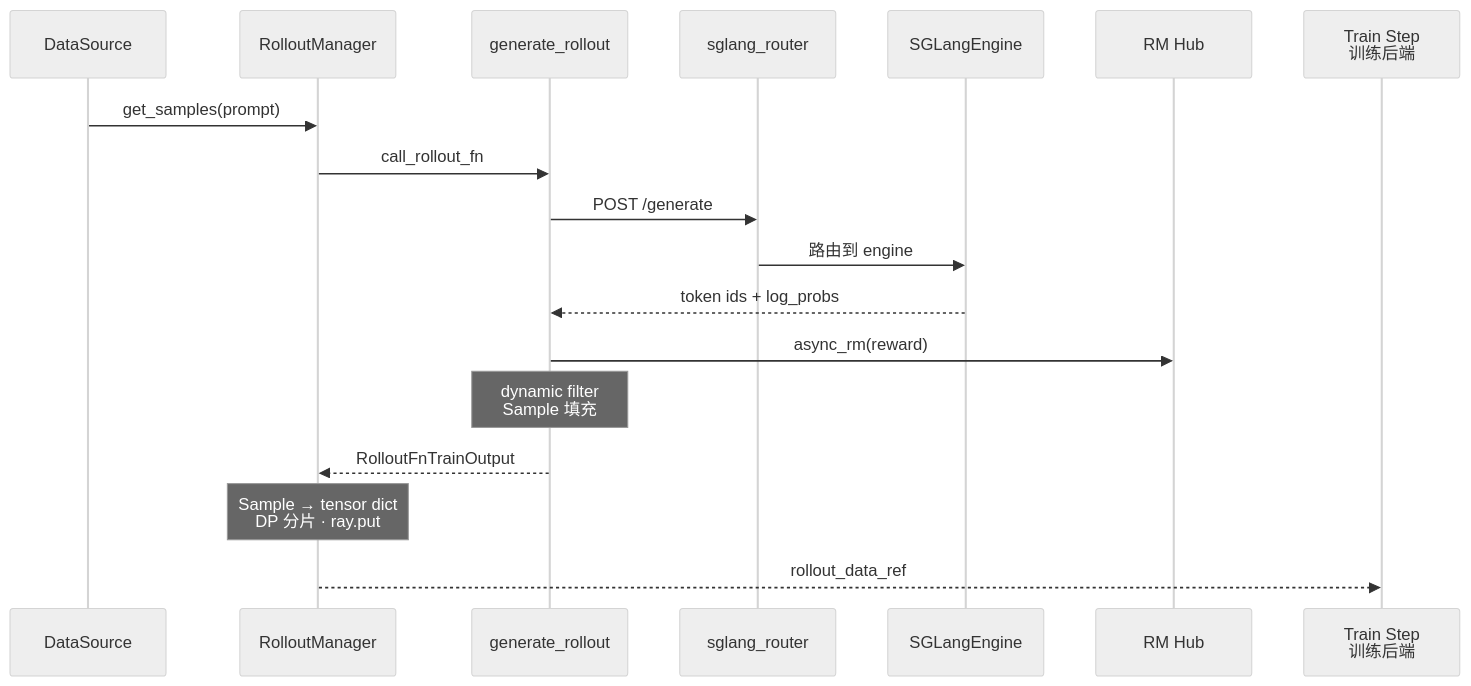
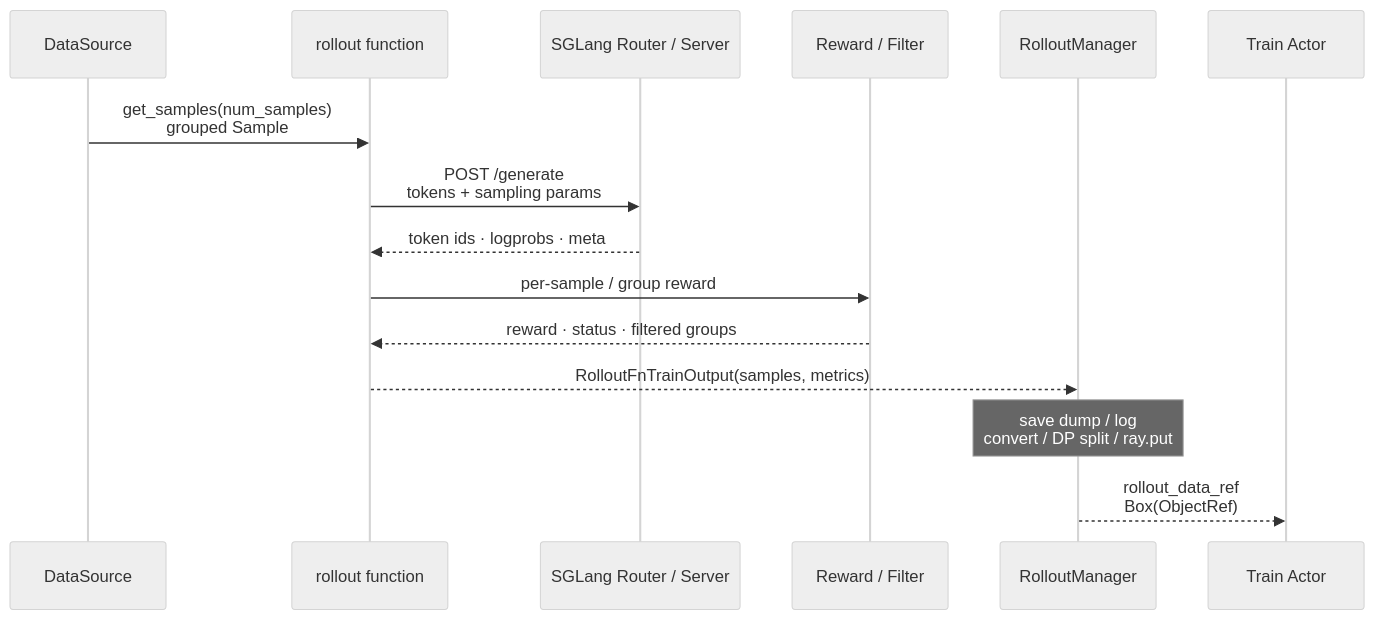
One commit to OnlyHero5/sglang-reading-vault changed the diagram in slime_reading/Rollout生成/Slime-Rollout生成.md. Above: the diagram before and after it, drawn with Mermaid (neutral theme). The commit also changed other lines of this file and 512 other files, not shown here.

````diff
--- a/slime_reading/Rollout生成/Slime-Rollout生成.md
+++ b/slime_reading/Rollout生成/Slime-Rollout生成.md
@@ -46,21 +41,18 @@
 ```mermaid
 sequenceDiagram
- participant DS as DataSource
- participant RM as RolloutManager
- participant GR as generate_rollout
- participant RTR as sglang_router
- participant ENG as SGLangEngine
- participant RMH as RM Hub
- participant TR as Train Step<br/>训练后端
+    participant DS as DataSource
+    participant RO as rollout function
+    participant HTTP as SGLang Router / Server
+    participant RM as Reward / Filter
+    participant M as RolloutManager
+    participant TA as Train Actor
 
- DS->>RM: get_samples(prompt)
- RM->>GR: call_rollout_fn
- GR->>RTR: POST /generate
- RTR->>ENG: 路由到 engine
- ENG-->>GR: token ids + log_probs
- GR->>RMH: async_rm(reward)
- Note over GR: dynamic filter<br/>Sample 填充
- GR-->>RM: RolloutFnTrainOutput
- Note over RM: Sample → tensor dict<br/>DP 分片 · ray.put
- RM-->>TR: rollout_data_ref
+    DS->>RO: get_samples(num_samples)<br/>grouped Sample
+    RO->>HTTP: POST /generate<br/>tokens + sampling params
+    HTTP-->>RO: token ids · logprobs · meta
+    RO->>RM: per-sample / group reward
+    RM-->>RO: reward · status · filtered groups
+    RO-->>M: RolloutFnTrainOutput(samples, metrics)
+    Note over M: save dump / log<br/>convert / DP split / ray.put
+    M-->>TA: rollout_data_ref<br/>Box(ObjectRef)
 ```
````
